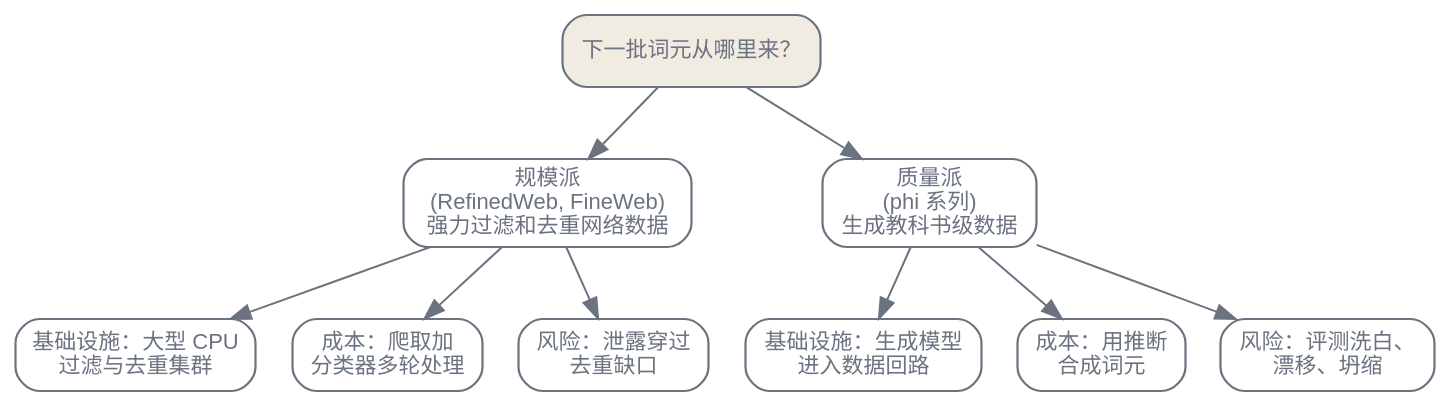
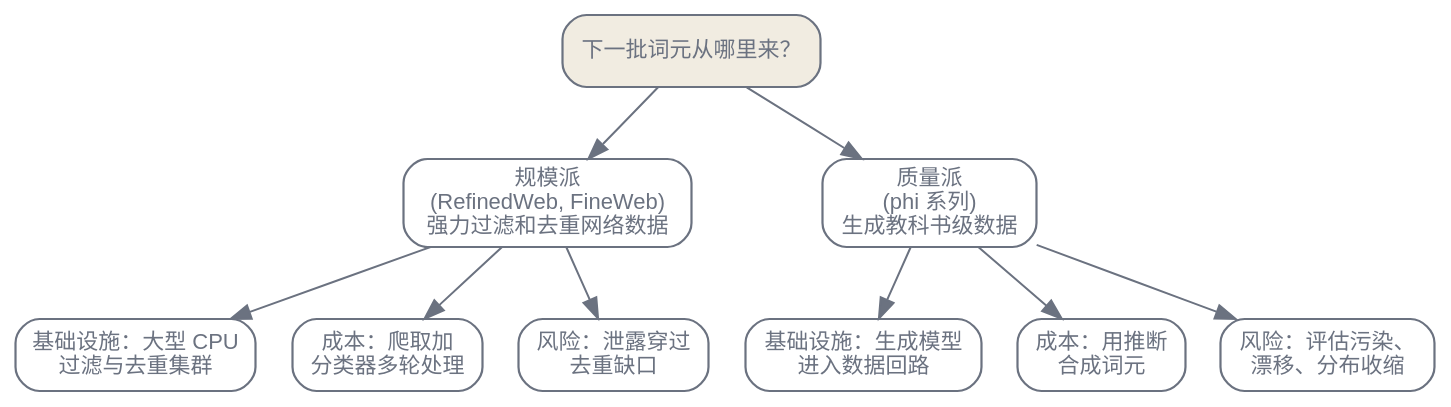
Before and after one commit to latere-ai/ai-as-an-infrastructure: the third of 3 diagrams in zh/foundations/02-data-curation.qmd, drawn with Graphviz. The commit also changed other lines of this file and 7 other files, not shown here.

````diff
--- a/zh/foundations/02-data-curation.qmd
+++ b/zh/foundations/02-data-curation.qmd
@@ -174,33 +174,33 @@
 ```{dot}
 //| label: fig-data-curation-debate
 //| fig-cap: "规模与质量之争为何未定论：每一派都意味着不同的栈、成本结构与污染风险，因此这一抉择并非单一可调的比值。"
 digraph {
   rankdir=TB;
   bgcolor="transparent";
   node [shape=box, style=rounded, fontsize=11, fontname="Helvetica", color="#6b7280", fontcolor="#6b7280", penwidth=1.1];
   edge [color="#6b7280", fontcolor="#6b7280"];
 
   Q ["label"="下一批词元从哪里来？", shape=box, style="rounded,filled", fillcolor="#f1ece1"];
 
   Scale ["label"="规模派\n(RefinedWeb, FineWeb)\n强力过滤和去重网络数据"];
   Quality ["label"="质量派\n(phi 系列)\n生成教科书级数据"];
 
   Q -> Scale;
   Q -> Quality;
 
   ScaleInfra ["label"="基础设施：大型 CPU\n过滤与去重集群"];
   ScaleCost ["label"="成本：爬取加\n分类器多轮处理"];
   ScaleRisk ["label"="风险：泄露穿过\n去重缺口"];
 
   QualInfra ["label"="基础设施：生成模型\n进入数据回路"];
   QualCost ["label"="成本：用推断\n合成词元"];
-  QualRisk ["label"="风险：评测洗白、\n漂移、坍缩"];
+  QualRisk ["label"="风险：评估污染、\n漂移、分布收缩"];
 
   Scale -> ScaleInfra;
   Scale -> ScaleCost;
   Scale -> ScaleRisk;
   Quality -> QualInfra;
   Quality -> QualCost;
   Quality -> QualRisk;
 }
 ```
````
